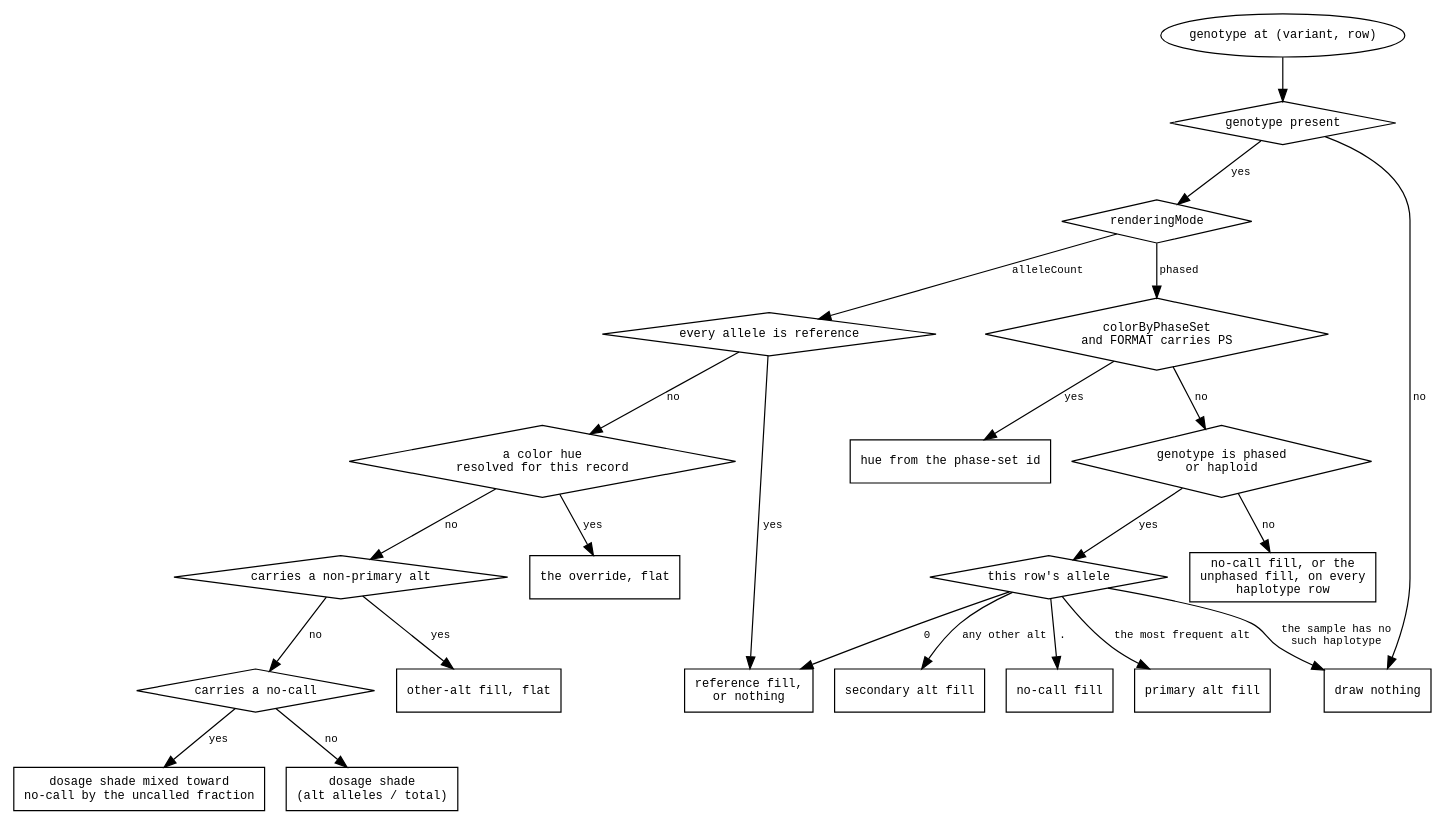
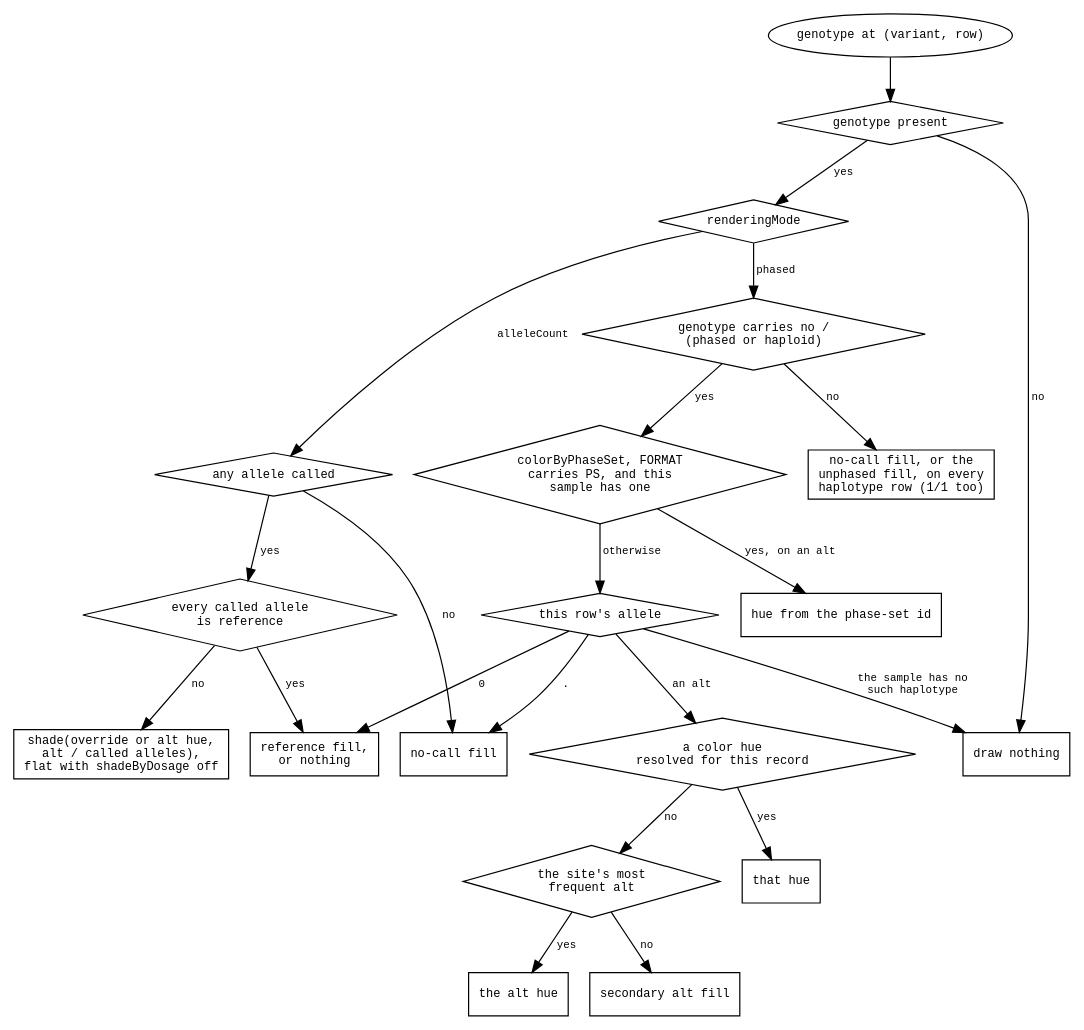
The diagram in agent-docs/mechanisms/diagrams/variants-cell-colour.dot (GMOD/jbrowse-components), drawn with Graphviz before and after one commit. The commit also changed 5 other files, not shown here.

First line of the commit message:
Multi-sample variant docs say what the cells paint, and that phased mode shows only what the file phased

```diff
--- a/agent-docs/mechanisms/diagrams/variants-cell-colour.dot
+++ b/agent-docs/mechanisms/diagrams/variants-cell-colour.dot
@@ -1,58 +1,55 @@
 digraph variant_cell_colour {
   rankdir=TB
   node [shape=box fontname=monospace fontsize=10]
   edge [fontname=monospace fontsize=9]
-  { node [shape=diamond] have; mode; ps; phased; allele; allref; override; other; nocall }
+  { node [shape=diamond] have; mode; ps; phased; allele; alt; override; called; allref }
 
   start [label="genotype at (variant, row)", shape=oval]
   start -> have
   have [label="genotype present"]
   have -> nothing [label=" no"]
   have -> mode    [label=" yes"]
   nothing [label="draw nothing"]
 
   mode [label="renderingMode"]
-  mode -> ps     [label=" phased"]
-  mode -> allref [label=" alleleCount"]
+  mode -> phased [label=" phased"]
+  mode -> called [label=" alleleCount"]
 
-  ps [label="colorByPhaseSet\nand FORMAT carries PS"]
-  ps -> pshue  [label=" yes"]
-  ps -> phased [label=" no"]
+  phased [label="genotype carries no /\n(phased or haploid)"]
+  phased -> uncalled [label=" no"]
+  phased -> ps       [label=" yes"]
+  uncalled [label="no-call fill, or the\nunphased fill, on every\nhaplotype row (1/1 too)"]
+
+  ps [label="colorByPhaseSet, FORMAT\ncarries PS, and this\nsample has one"]
+  ps -> pshue  [label=" yes, on an alt"]
+  ps -> allele [label=" otherwise"]
   pshue [label="hue from the phase-set id"]
-
-  phased [label="genotype is phased\nor haploid"]
-  phased -> uncalled [label=" no"]
-  phased -> allele   [label=" yes"]
-  uncalled [label="no-call fill, or the\nunphased fill, on every\nhaplotype row"]
 
   allele [label="this row's allele"]
   allele -> nothing   [label=" the sample has no\n such haplotype"]
   allele -> nocallcol [label=" ."]
   allele -> refcol    [label=" 0"]
-  allele -> primary   [label=" the most frequent alt"]
-  allele -> secondary [label=" any other alt"]
+  allele -> override  [label=" an alt"]
   nocallcol [label="no-call fill"]
   refcol    [label="reference fill,\nor nothing"]
-  primary   [label="primary alt fill"]
-  secondary [label="secondary alt fill"]
-
-  allref [label="every allele is reference"]
-  allref -> refcol   [label=" yes"]
-  allref -> override [label=" no"]
 
   override [label="a color hue\nresolved for this record"]
   override -> ovcol [label=" yes"]
-  override -> other [label=" no"]
-  ovcol [label="the override, flat"]
+  override -> alt   [label=" no"]
+  ovcol [label="that hue"]
 
-  other [label="carries a non-primary alt"]
-  other -> othercol [label=" yes"]
-  other -> nocall   [label=" no"]
-  othercol [label="other-alt fill, flat"]
+  alt [label="the site's most\nfrequent alt"]
+  alt -> althue    [label=" yes"]
+  alt -> secondary [label=" no"]
+  althue    [label="the alt hue"]
+  secondary [label="secondary alt fill"]
 
-  nocall [label="carries a no-call"]
-  nocall -> mixed  [label=" yes"]
-  nocall -> dosage [label=" no"]
-  mixed  [label="dosage shade mixed toward\nno-call by the uncalled fraction"]
-  dosage [label="dosage shade\n(alt alleles / total)"]
+  called [label="any allele called"]
+  called -> nocallcol [label=" no"]
+  called -> allref    [label=" yes"]
+
+  allref [label="every called allele\nis reference"]
+  allref -> refcol [label=" yes"]
+  allref -> dosage [label=" no"]
+  dosage [label="shade(override or alt hue,\nalt / called alleles),\nflat with shadeByDosage off"]
 }
```
